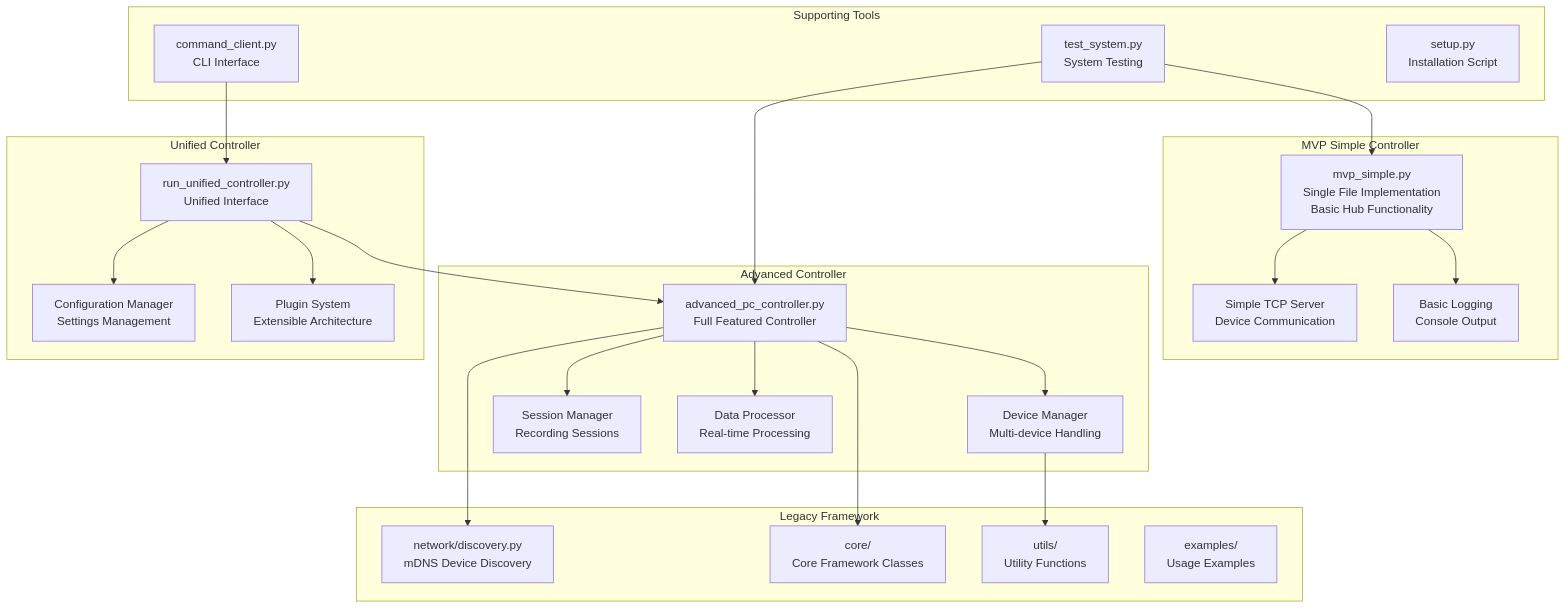
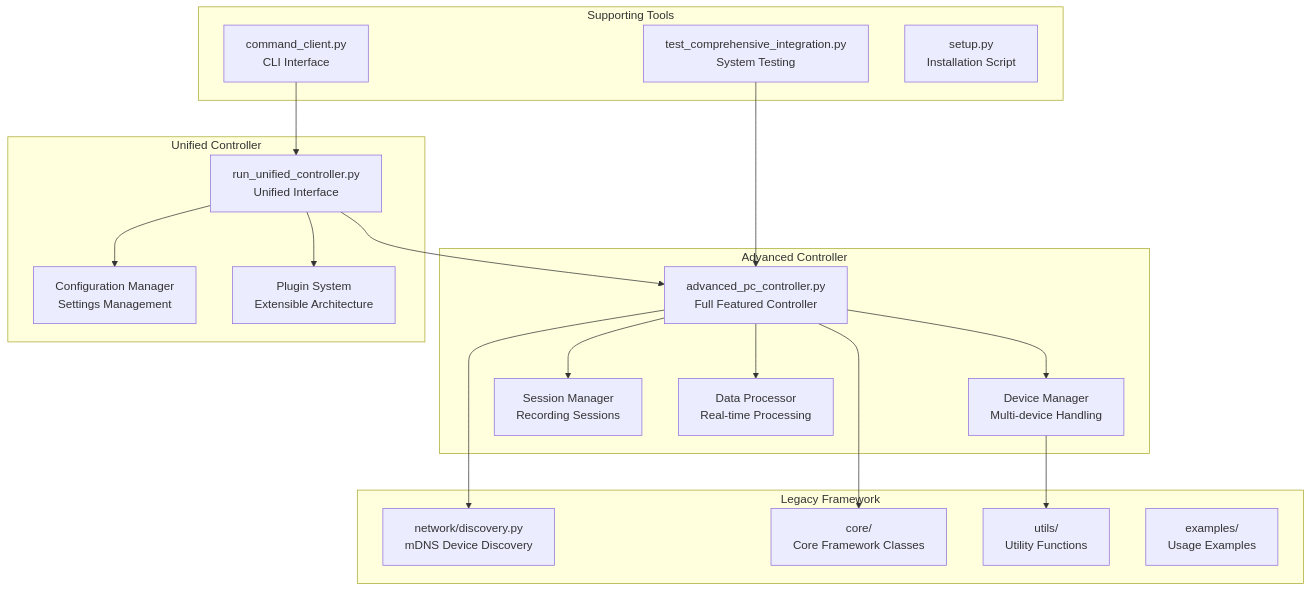
Before and after one commit to uclgsr/IRCamera: the fifth of 11 diagrams in docs/COMPREHENSIVE_ARCHITECTURE_DIAGRAMS.md, drawn with Mermaid. The commit also changed other lines of this file and 20 other files, not shown here.

````diff
--- a/docs/COMPREHENSIVE_ARCHITECTURE_DIAGRAMS.md
+++ b/docs/COMPREHENSIVE_ARCHITECTURE_DIAGRAMS.md
@@ -229,53 +227,43 @@
 ```mermaid
 graph TB
-    subgraph "MVP Simple Controller"
-        MVPSimple[mvp_simple.py<br/>Single File Implementation<br/>Basic Hub Functionality]
-        SimpleServer[Simple TCP Server<br/>Device Communication]
-        SimpleLogger[Basic Logging<br/>Console Output]
-    end
-    
     subgraph "Advanced Controller"
         AdvancedMain[advanced_pc_controller.py<br/>Full Featured Controller]
         DeviceManager[Device Manager<br/>Multi-device Handling]
         SessionManager[Session Manager<br/>Recording Sessions]
         DataProcessor[Data Processor<br/>Real-time Processing]
     end
     
     subgraph "Unified Controller"
         UnifiedMain[run_unified_controller.py<br/>Unified Interface]
         ConfigManager[Configuration Manager<br/>Settings Management]
         PluginSystem[Plugin System<br/>Extensible Architecture]
     end
     
     subgraph "Legacy Framework"
         NetworkDiscovery[network/discovery.py<br/>mDNS Device Discovery]
         CoreFramework[core/<br/>Core Framework Classes]
         UtilsModule[utils/<br/>Utility Functions]
         ExamplesModule[examples/<br/>Usage Examples]
     end
     
     subgraph "Supporting Tools"
-        SystemTest[test_system.py<br/>System Testing]
+        SystemTest[test_comprehensive_integration.py<br/>System Testing]
         CommandClient[command_client.py<br/>CLI Interface]
         SetupScript[setup.py<br/>Installation Script]
     end
-    
-    MVPSimple --> SimpleServer
-    MVPSimple --> SimpleLogger
     
     AdvancedMain --> DeviceManager
     AdvancedMain --> SessionManager
     AdvancedMain --> DataProcessor
     
     UnifiedMain --> ConfigManager
     UnifiedMain --> PluginSystem
     UnifiedMain --> AdvancedMain
     
     AdvancedMain --> NetworkDiscovery
     AdvancedMain --> CoreFramework
     DeviceManager --> UtilsModule
     
-    SystemTest --> MVPSimple
     SystemTest --> AdvancedMain
     CommandClient --> UnifiedMain
 ```
````
